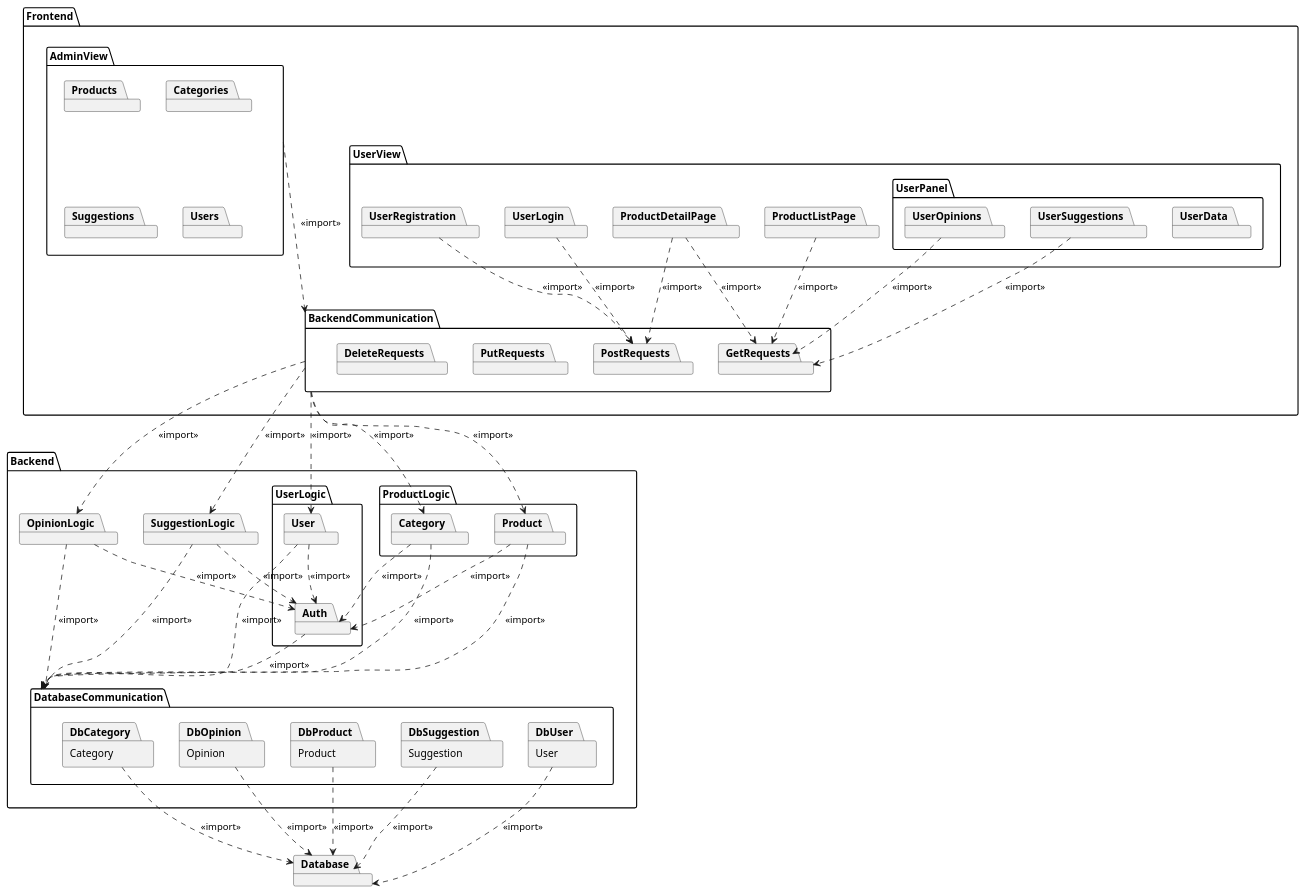
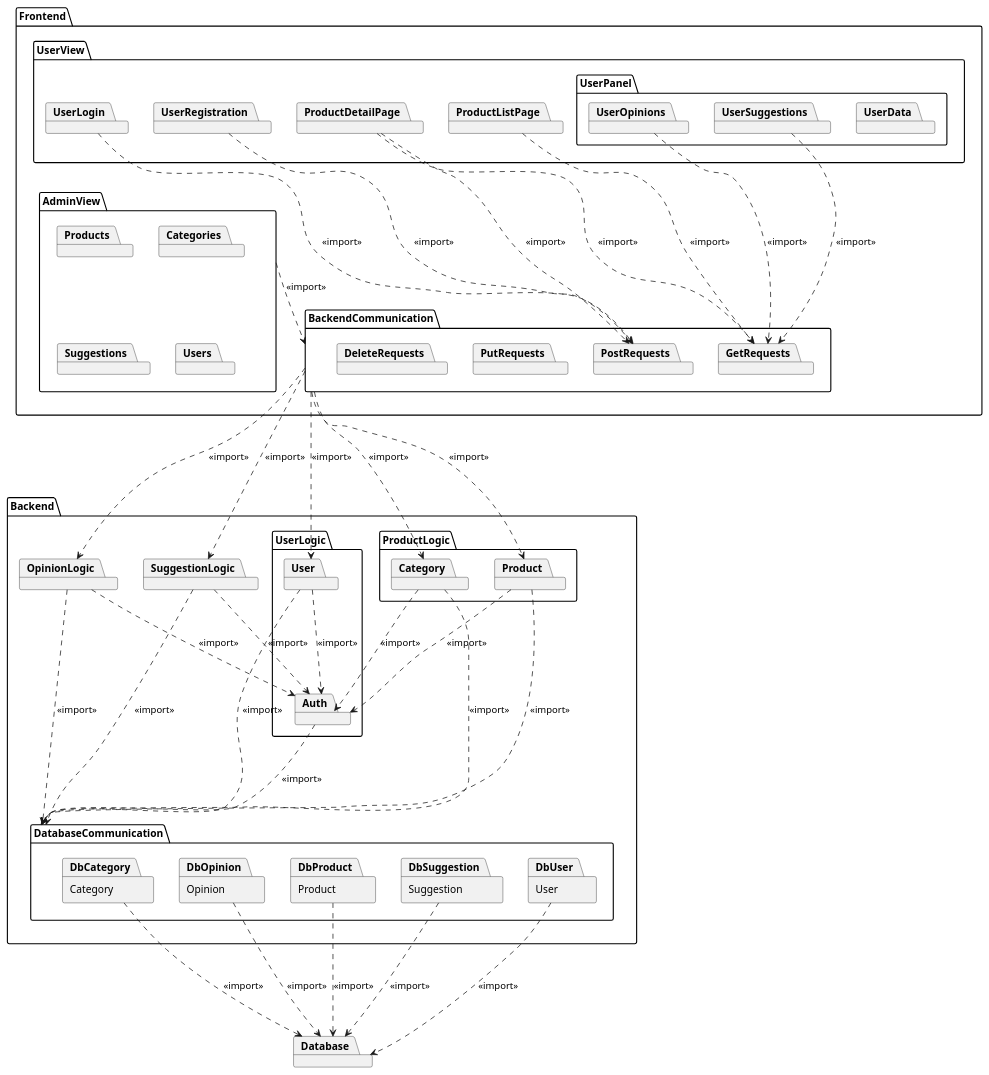
Before and after one commit to RadekBucki/OpinionCollectorArchitecture: the second of 6 diagrams in README.md, drawn with PlantUML.

Commit message:
Make package diagram more readable

````diff
--- a/README.md
+++ b/README.md
@@ -113,40 +113,40 @@
 
 package Database
 
-AdminView ...> BackendCommunication : <<import>>
+AdminView ..> BackendCommunication : <<import>>
 
-UserRegistration  ..> PostRequests : <<import>>
-UserLogin         ..> PostRequests : <<import>>
-UserOpinions      ..> GetRequests  : <<import>>
-UserSuggestions   ..> GetRequests  : <<import>>
-ProductListPage   ..> GetRequests  : <<import>>
-ProductDetailPage ..> GetRequests  : <<import>>
-ProductDetailPage ..> PostRequests : <<import>>
+UserRegistration  ...> PostRequests : <<import>>
+UserLogin         ...> PostRequests : <<import>>
+UserOpinions      ...> GetRequests  : <<import>>
+UserSuggestions   ...> GetRequests  : <<import>>
+ProductListPage   ...> GetRequests  : <<import>>
+ProductDetailPage ...> GetRequests  : <<import>>
+ProductDetailPage ...> PostRequests : <<import>>
 
-BackendCommunication ..> User            : <<import>>
-BackendCommunication ..> Category        : <<import>>
-BackendCommunication ..> Product         : <<import>>
-BackendCommunication ..> OpinionLogic    : <<import>>
-BackendCommunication ..> SuggestionLogic : <<import>>
+BackendCommunication ...> User            : <<import>>
+BackendCommunication ...> Category        : <<import>>
+BackendCommunication ...> Product         : <<import>>
+BackendCommunication ...> OpinionLogic    : <<import>>
+BackendCommunication ...> SuggestionLogic : <<import>>
 
-User            ..> Auth : <<import>>
-Category        ..> Auth : <<import>>
-Product         ..> Auth : <<import>>
-OpinionLogic    ..> Auth : <<import>>
-SuggestionLogic ..> Auth : <<import>>
+User            ...> Auth : <<import>>
+Category        ...> Auth : <<import>>
+Product         ...> Auth : <<import>>
+OpinionLogic    ...> Auth : <<import>>
+SuggestionLogic ...> Auth : <<import>>
 
-User            ..> DatabaseCommunication : <<import>>
-Auth            ..> DatabaseCommunication : <<import>>
-Category        ..> DatabaseCommunication : <<import>>
-Product         ..> DatabaseCommunication : <<import>>
-OpinionLogic    ..> DatabaseCommunication : <<import>>
-SuggestionLogic ..> DatabaseCommunication : <<import>>
+User            ...> DatabaseCommunication : <<import>>
+Auth            ...> DatabaseCommunication : <<import>>
+Category        ...> DatabaseCommunication : <<import>>
+Product         ...> DatabaseCommunication : <<import>>
+OpinionLogic    ...> DatabaseCommunication : <<import>>
+SuggestionLogic ...> DatabaseCommunication : <<import>>
 
-DbCategory   ..> Database : <<import>>
-DbOpinion    ..> Database : <<import>>
-DbProduct    ..> Database : <<import>>
-DbSuggestion ..> Database : <<import>>
-DbUser       ..> Database : <<import>>
+DbCategory   ...> Database : <<import>>
+DbOpinion    ...> Database : <<import>>
+DbProduct    ...> Database : <<import>>
+DbSuggestion ...> Database : <<import>>
+DbUser       ...> Database : <<import>>
 
 @enduml 
 ```
````
